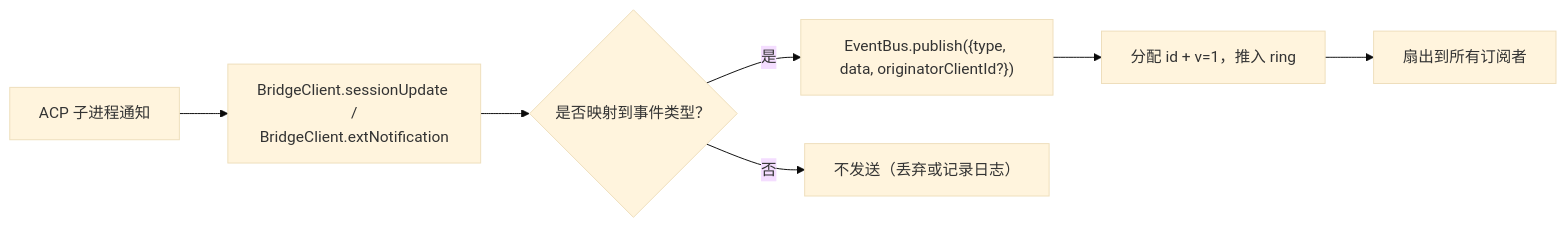
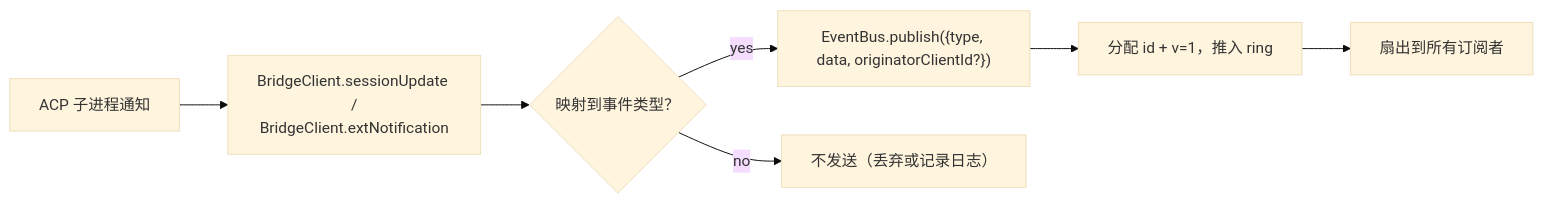
One commit to QwenLM/qwen-code-docs changed the first of 2 diagrams in website/content/zh/developers/daemon/09-event-schema.md. Above: the diagram before and after it, drawn with Mermaid (base theme). The commit also changed other lines of this file and 128 other files, not shown here.

````diff
--- a/website/content/zh/developers/daemon/09-event-schema.md
+++ b/website/content/zh/developers/daemon/09-event-schema.md
@@ -181,9 +182,9 @@
 ```mermaid
 flowchart LR
     A["ACP 子进程通知"] --> B["BridgeClient.sessionUpdate /<br/>BridgeClient.extNotification"]
-    B --> C{"是否映射到事件类型？"}
-    C -->|是| D["EventBus.publish({type, data, originatorClientId?})"]
-    C -->|否| E["不发送（丢弃或记录日志）"]
+    B --> C{"映射到事件类型？"}
+    C -->|yes| D["EventBus.publish({type, data, originatorClientId?})"]
+    C -->|no| E["不发送（丢弃或记录日志）"]
     D --> F["分配 id + v=1，推入 ring"]
     F --> G["扇出到所有订阅者"]
 ```
````
